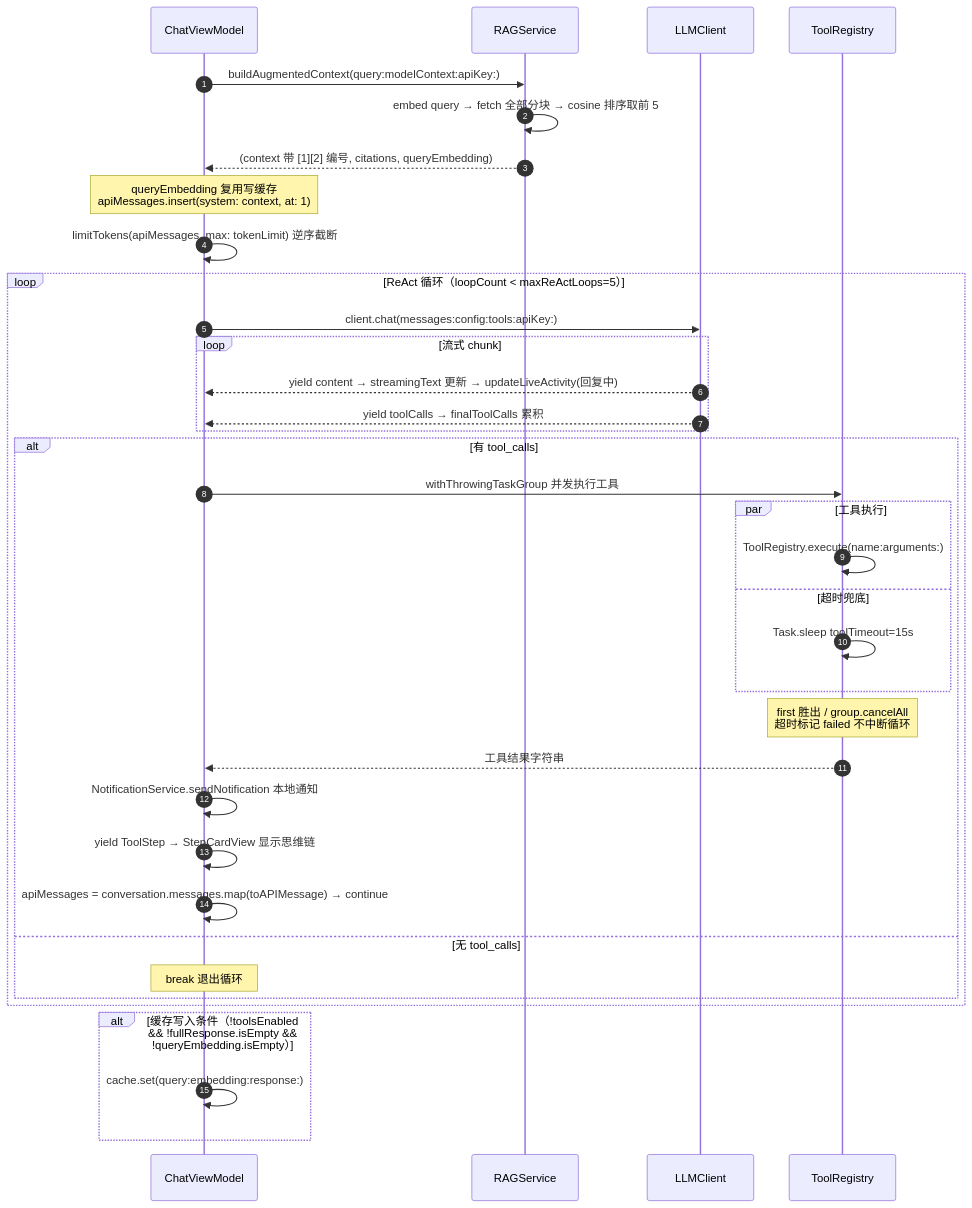
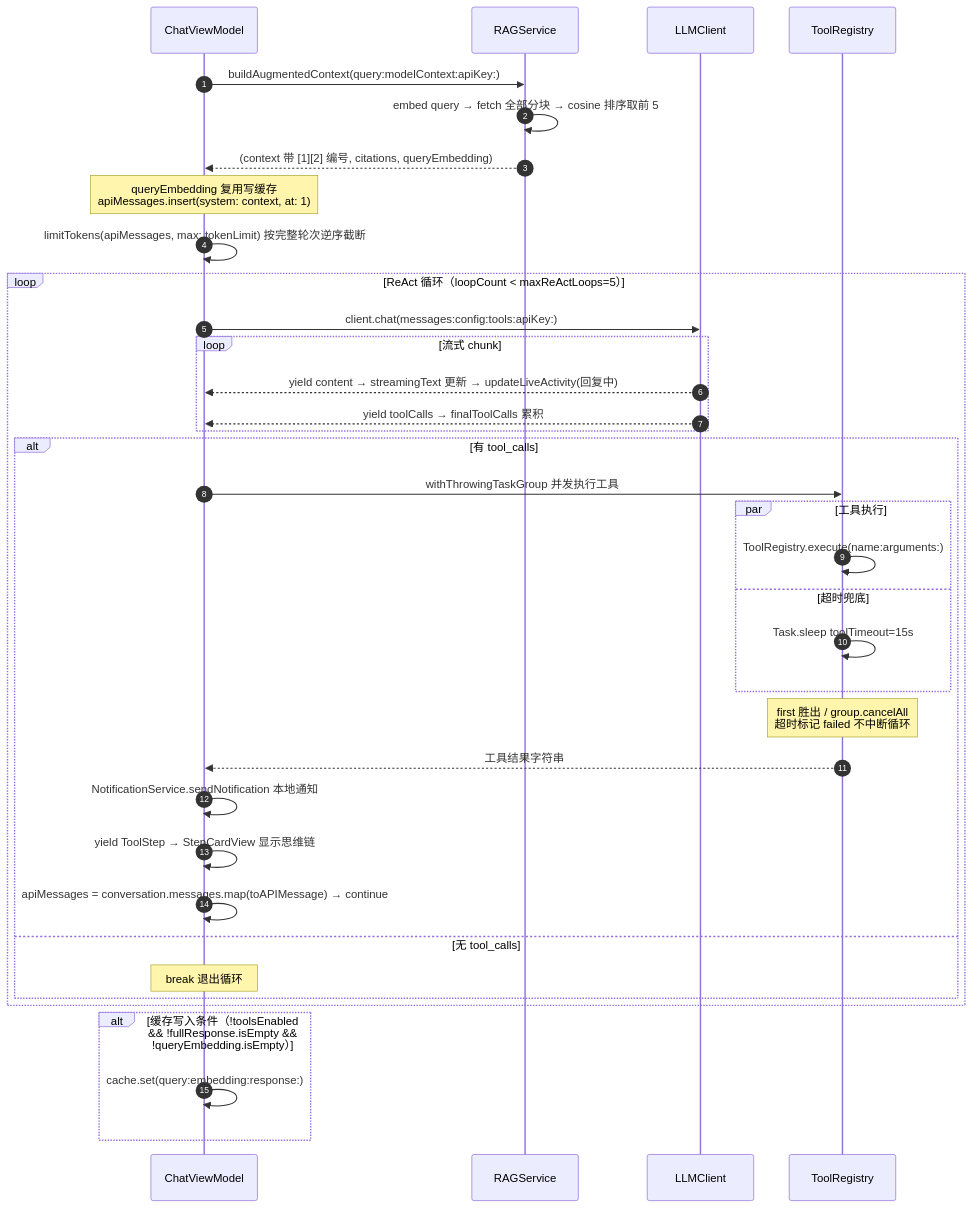
One commit to luosicx/Aether changed diagram 15 of 21 in doc/ARCHITECTURE.md. Above: the diagram before and after it, drawn with Mermaid. The commit also changed other lines of this file and 65 other files, not shown here.

````diff
--- a/doc/ARCHITECTURE.md
+++ b/doc/ARCHITECTURE.md
@@ -1289,42 +1245,42 @@
 ```mermaid
 sequenceDiagram
     autonumber
     participant VM as ChatViewModel
     participant RS as RAGService
     participant LC as LLMClient
     participant TR as ToolRegistry
 
     VM->>RS: buildAugmentedContext(query:modelContext:apiKey:)
     RS->>RS: embed query → fetch 全部分块 → cosine 排序取前 5
     RS-->>VM: (context 带 [1][2] 编号, citations, queryEmbedding)
     Note over VM: queryEmbedding 复用写缓存<br/>apiMessages.insert(system: context, at: 1)
-    VM->>VM: limitTokens(apiMessages, max: tokenLimit) 逆序截断
+    VM->>VM: limitTokens(apiMessages, max: tokenLimit) 按完整轮次逆序截断
 
     loop ReAct 循环（loopCount < maxReActLoops=5）
         VM->>LC: client.chat(messages:config:tools:apiKey:)
         loop 流式 chunk
             LC-->>VM: yield content → streamingText 更新 → updateLiveActivity(回复中)
             LC-->>VM: yield toolCalls → finalToolCalls 累积
         end
 
         alt 有 tool_calls
             VM->>TR: withThrowingTaskGroup 并发执行工具
             par 工具执行
                 TR->>TR: ToolRegistry.execute(name:arguments:)
             and 超时兜底
                 TR->>TR: Task.sleep toolTimeout=15s
             end
             Note over TR: first 胜出 / group.cancelAll<br/>超时标记 failed 不中断循环
             TR-->>VM: 工具结果字符串
             VM->>VM: NotificationService.sendNotification 本地通知
             VM->>VM: yield ToolStep → StepCardView 显示思维链
             VM->>VM: apiMessages = conversation.messages.map(toAPIMessage) → continue
         else 无 tool_calls
             Note over VM: break 退出循环
         end
     end
 
     alt 缓存写入条件（!toolsEnabled && !fullResponse.isEmpty && !queryEmbedding.isEmpty）
         VM->>VM: cache.set(query:embedding:response:)
     end
 ```
````
